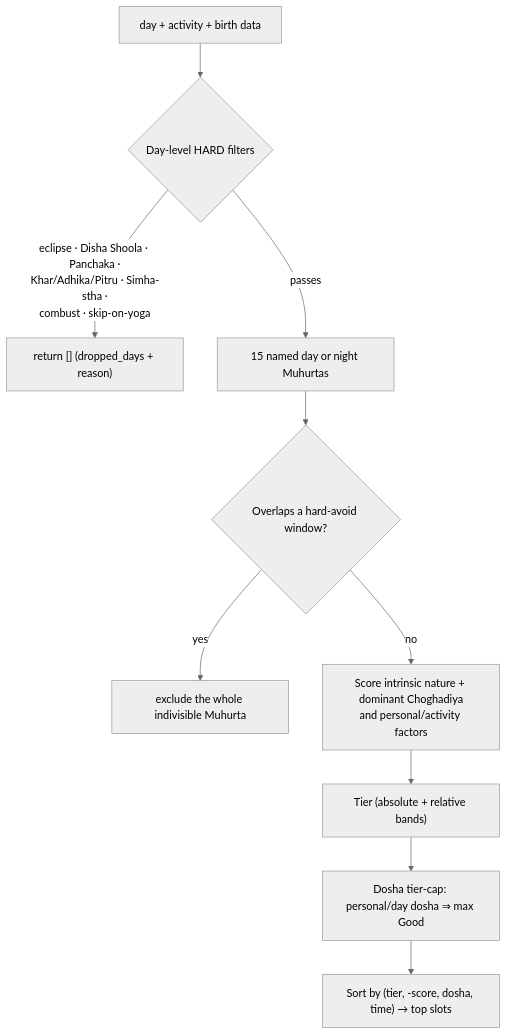
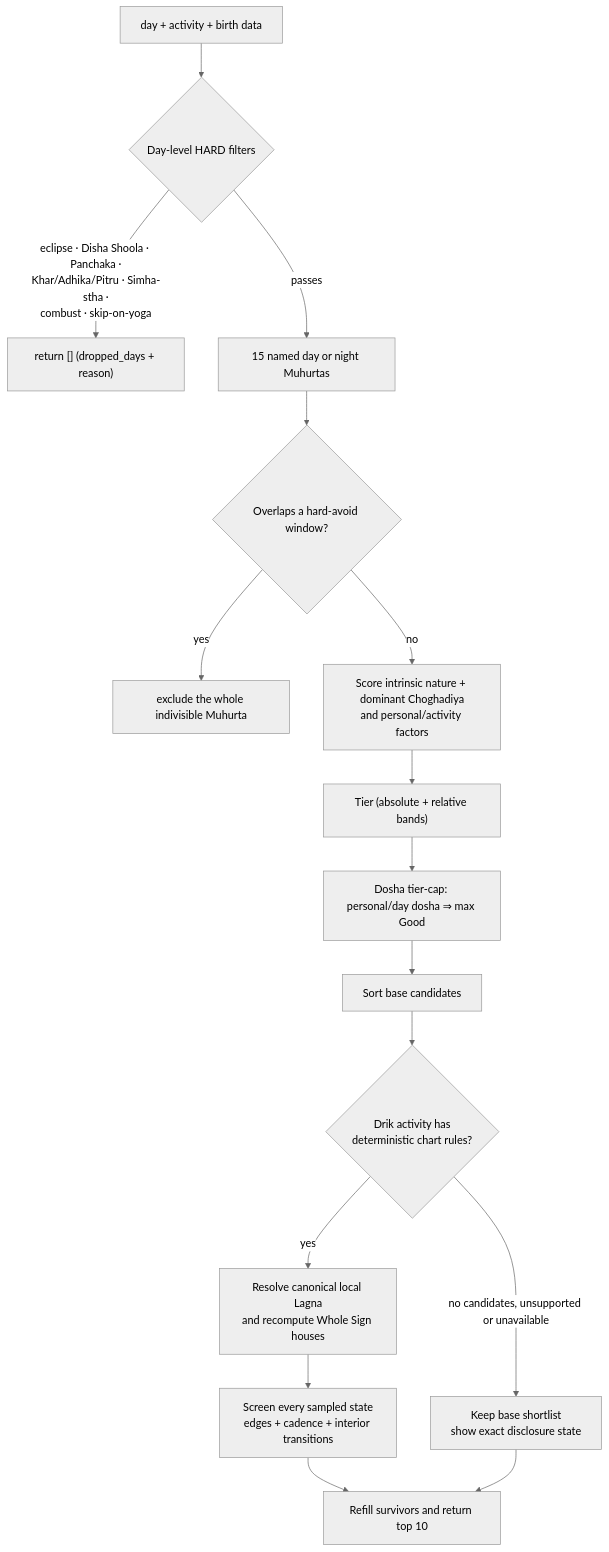
One commit to socraticsurge/telugu-calendar-utilities changed the second of 2 diagrams in docs/reference/05-data-flow-and-muhurta.md. Above: the diagram before and after it, drawn with Mermaid (neutral theme). The commit also changed other lines of this file and 50 other files, not shown here.

Commit message:
docs: publish Muhurtam chart-screening evidence

````diff
--- a/docs/reference/05-data-flow-and-muhurta.md
+++ b/docs/reference/05-data-flow-and-muhurta.md
@@ -85,12 +85,18 @@
 ```mermaid
 flowchart TB
     A["day + activity + birth data"] --> B{"Day-level HARD filters"}
     B -->|"eclipse · Disha Shoola · Panchaka ·<br/>Khar/Adhika/Pitru · Simha-stha ·<br/>combust · skip-on-yoga"| X["return [] (dropped_days + reason)"]
     B -->|"passes"| C["15 named day or night Muhurtas"]
     C --> D{"Overlaps a hard-avoid window?"}
     D -->|"yes"| X2["exclude the whole indivisible Muhurta"]
     D -->|"no"| F["Score intrinsic nature + dominant Choghadiya<br/>and personal/activity factors"]
     F --> G["Tier (absolute + relative bands)"]
     G --> H["Dosha tier-cap: personal/day dosha ⇒ max Good"]
-    H --> I["Sort by (tier, -score, dosha, time) → top slots"]
+    H --> I["Sort base candidates"]
+    I --> J{"Drik activity has<br/>deterministic chart rules?"}
+    J -->|"yes"| K["Resolve canonical local Lagna<br/>and recompute Whole Sign houses"]
+    K --> K2["Screen every sampled state<br/>edges + cadence + interior transitions"]
+    J -->|"no candidates, unsupported or unavailable"| L["Keep base shortlist<br/>show exact disclosure state"]
+    K2 --> M["Refill survivors and return top 10"]
+    L --> M
 ```
````
